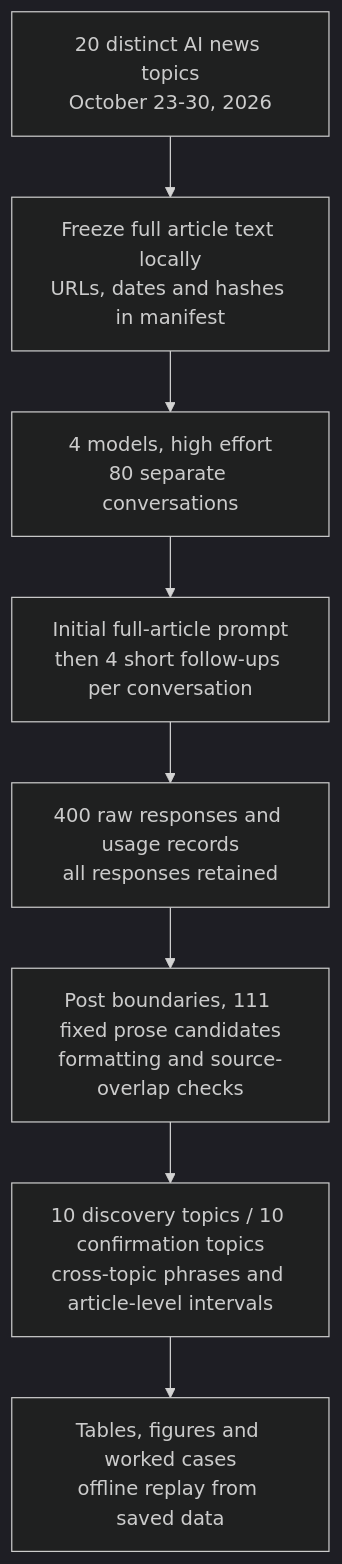
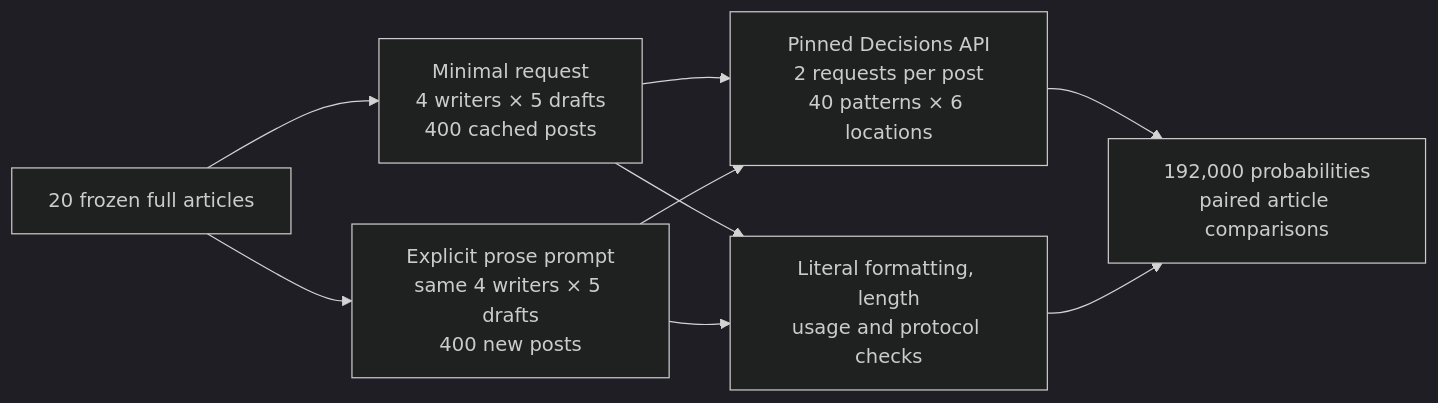
The first of 3 diagrams in notebooks/40-linkedin-writing-habits/README.md (k-sandhu/experiment-notebooks), drawn with Mermaid (dark theme) before and after one commit. The commit also changed other lines of this file and 2063 other files, not shown here.

Commit message:
Run explicit-prose prompt study and compare paired Decisions classifications

````diff
--- a/notebooks/40-linkedin-writing-habits/README.md
+++ b/notebooks/40-linkedin-writing-habits/README.md
@@ -41,10 +42,11 @@
 ```mermaid
-flowchart TD
-    A["20 distinct AI news topics<br/>October 23-30, 2026"] --> B["Freeze full article text locally<br/>URLs, dates and hashes in manifest"]
-    B --> C["4 models, high effort<br/>80 separate conversations"]
-    C --> D["Initial full-article prompt<br/>then 4 short follow-ups per conversation"]
-    D --> E["400 raw responses and usage records<br/>all responses retained"]
-    E --> F["Post boundaries, 111 fixed prose candidates<br/>formatting and source-overlap checks"]
-    F --> G["10 discovery topics / 10 confirmation topics<br/>cross-topic phrases and article-level intervals"]
-    G --> H["Tables, figures and worked cases<br/>offline replay from saved data"]
+flowchart LR
+    A["20 frozen full articles"] --> B["Minimal request<br/>4 writers × 5 drafts<br/>400 cached posts"]
+    A --> P["Explicit prose prompt<br/>same 4 writers × 5 drafts<br/>400 new posts"]
+    B --> D["Pinned Decisions API<br/>2 requests per post<br/>40 patterns × 6 locations"]
+    P --> D
+    D --> R["192,000 probabilities<br/>paired article comparisons"]
+    B --> F["Literal formatting, length<br/>usage and protocol checks"]
+    P --> F
+    F --> R
 ```
````
